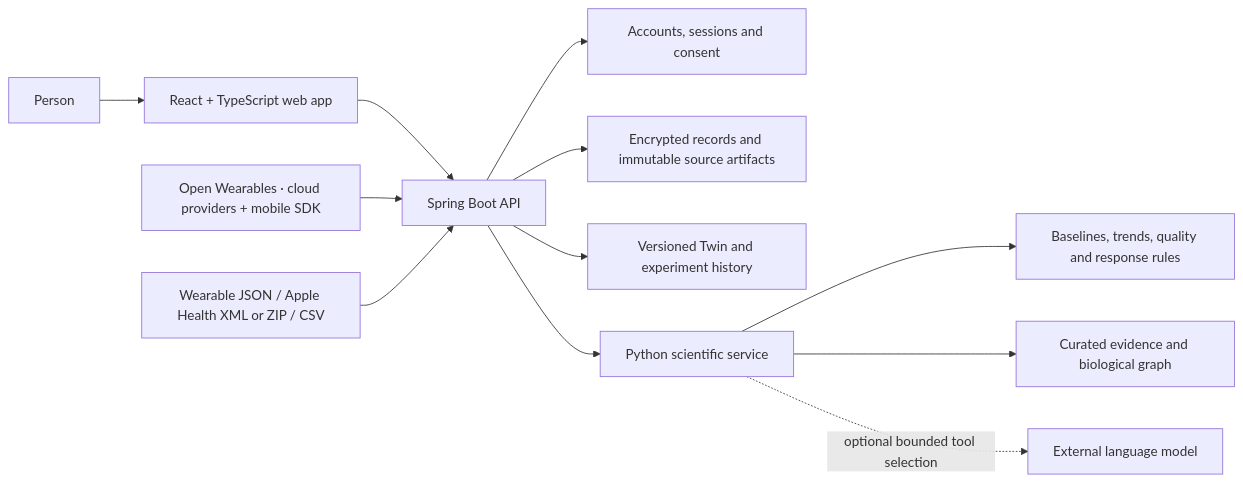
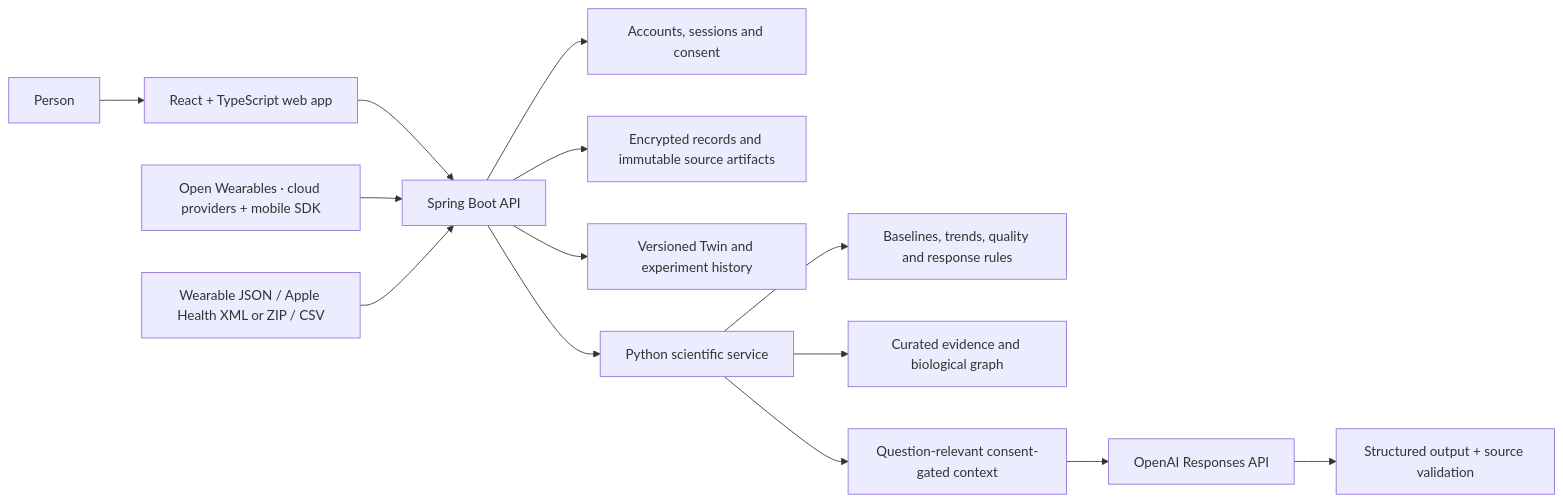
One commit to Adityahulk/aevum changed the first of 3 diagrams in README.md. Above: the diagram before and after it, drawn with Mermaid. The commit also changed other lines of this file and 20 other files, not shown here.

````diff
--- a/README.md
+++ b/README.md
@@ -21,14 +21,16 @@
 ```mermaid
 flowchart LR
   Person[Person] --> Web[React + TypeScript web app]
   Web --> API[Spring Boot API]
   API --> Identity[Accounts, sessions and consent]
   API --> Vault[Encrypted records and immutable source artifacts]
   API --> Twin[Versioned Twin and experiment history]
   API --> Science[Python scientific service]
   Science --> Rules[Baselines, trends, quality and response rules]
   Science --> Evidence[Curated evidence and biological graph]
-  Science -. optional bounded tool selection .-> LLM[External language model]
+  Science --> Context[Question-relevant consent-gated context]
+  Context --> LLM[OpenAI Responses API]
+  LLM --> Guard[Structured output + source validation]
   Wearables[Open Wearables · cloud providers + mobile SDK] --> API
   Exports[Wearable JSON / Apple Health XML or ZIP / CSV] --> API
 ```
````
